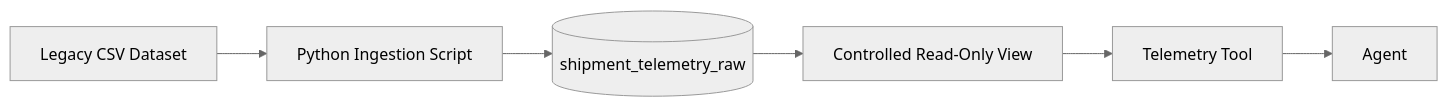
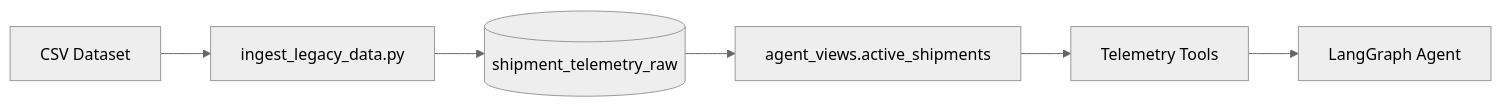
Before and after one commit to goravjhabakh/cold-chain-logistics: the second of 6 diagrams in docs/architecture.md, drawn with Mermaid (neutral theme). The commit also changed other lines of this file and 2 other files, not shown here.

````diff
--- a/docs/architecture.md
+++ b/docs/architecture.md
@@ -114,9 +66,9 @@
 ```mermaid
 flowchart LR
-    CSV[Legacy CSV Dataset]
-        --> INGEST[Python Ingestion Script]
-        --> RAW[(shipment_telemetry_raw)]
-        --> VIEW[Controlled Read-Only View]
-        --> TOOL[Telemetry Tool]
-        --> AGENT[Agent]
+    CSV[CSV Dataset]
+      --> INGEST[ingest_legacy_data.py]
+      --> RAW[(shipment_telemetry_raw)]
+      --> VIEW[agent_views.active_shipments]
+      --> TOOLS[Telemetry Tools]
+      --> AGENT[LangGraph Agent]
 ```
````
